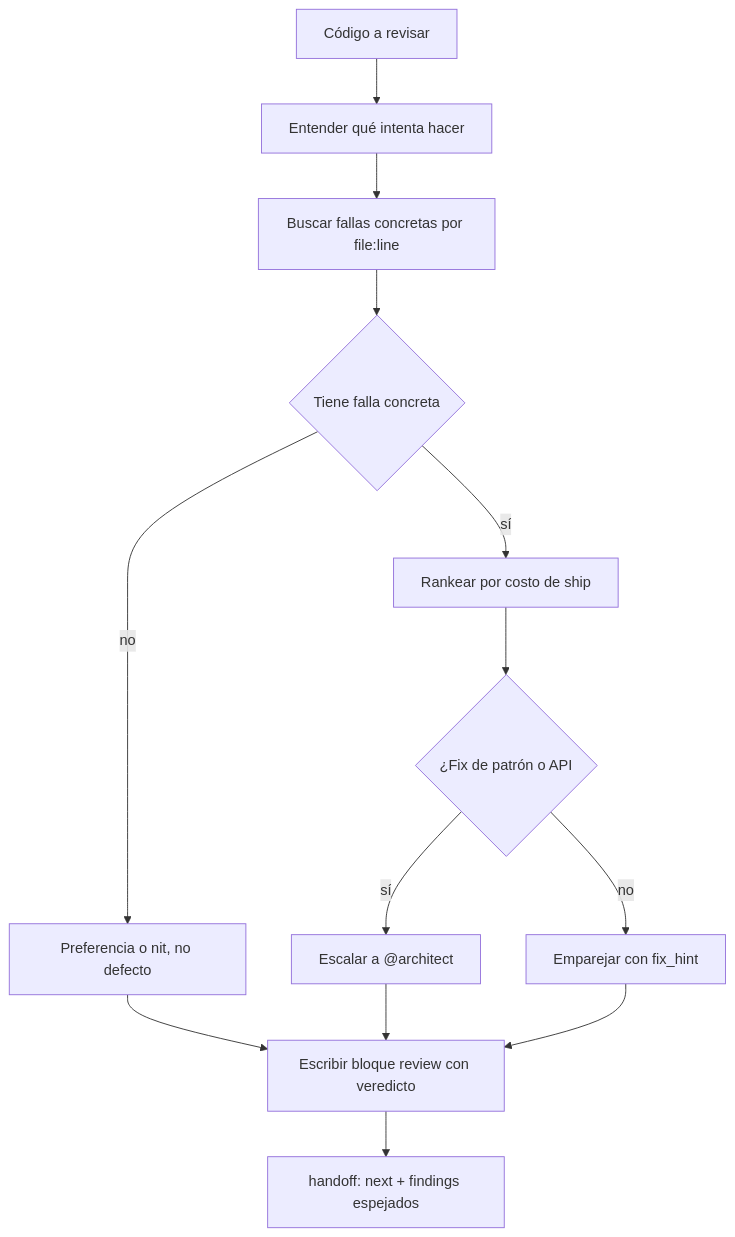
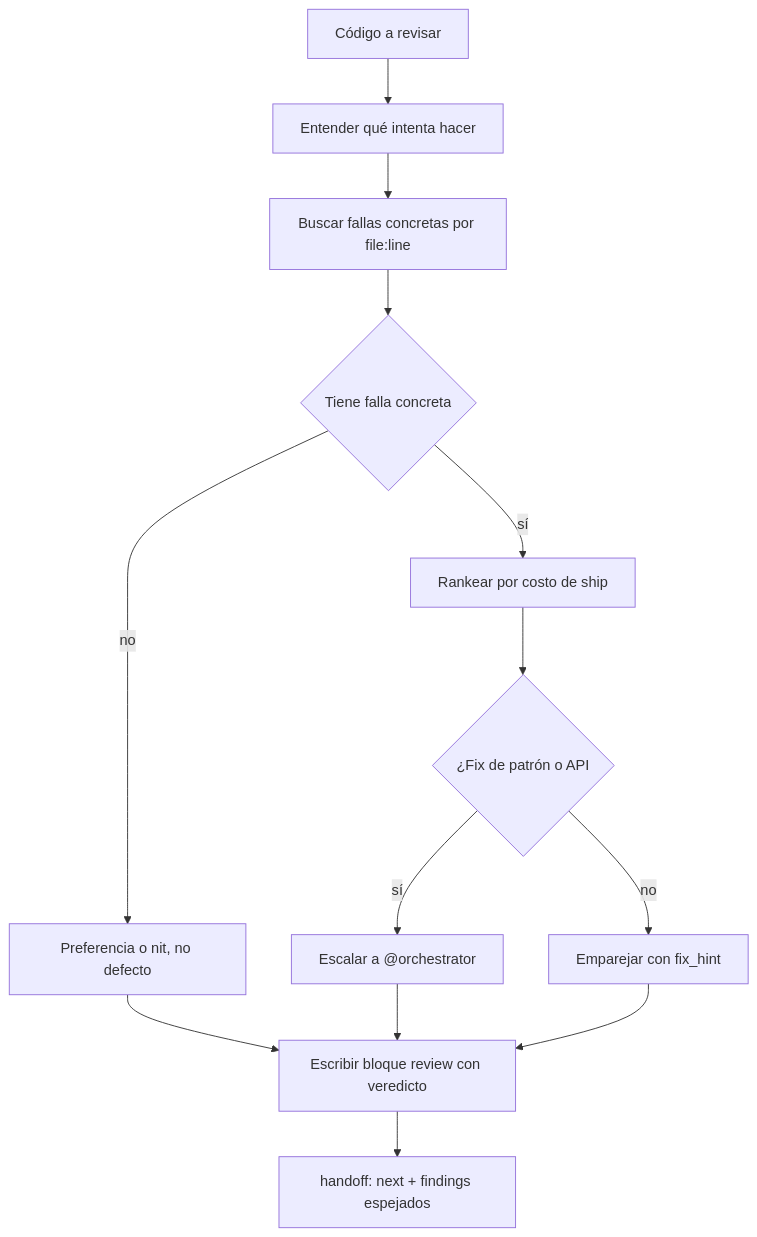
Before and after one commit to YoizenSA/dev-ai-workflow: the diagram in docs/src/content/docs/agents/reviewer.mdx, drawn with Mermaid. The commit also changed other lines of this file and 126 other files, not shown here.

````diff
--- a/docs/src/content/docs/agents/reviewer.mdx
+++ b/docs/src/content/docs/agents/reviewer.mdx
@@ -20,15 +20,15 @@
 ```mermaid
 flowchart TD
     A[Código a revisar] --> B[Entender qué intenta hacer]
     B --> C[Buscar fallas concretas por file:line]
     C --> D{Tiene falla concreta}
     D -->|no| E[Preferencia o nit, no defecto]
     D -->|sí| F[Rankear por costo de ship]
     F --> G{¿Fix de patrón o API}
-    G -->|sí| H[Escalar a @architect]
+    G -->|sí| H[Escalar a @orchestrator]
     G -->|no| I[Emparejar con fix_hint]
     E --> J[Escribir bloque review con veredicto]
     H --> J
     I --> J
     J --> K[handoff: next + findings espejados]
 ```
````
